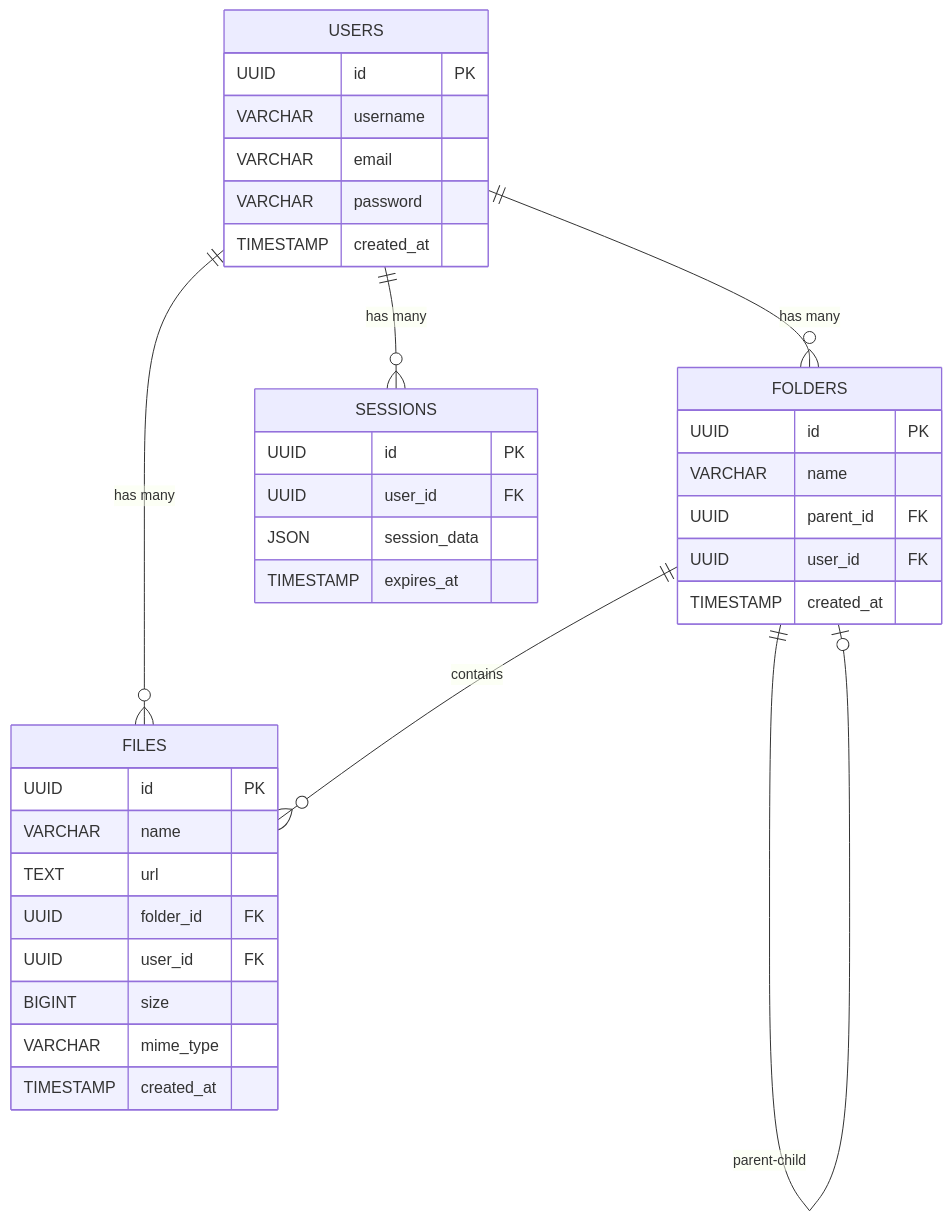
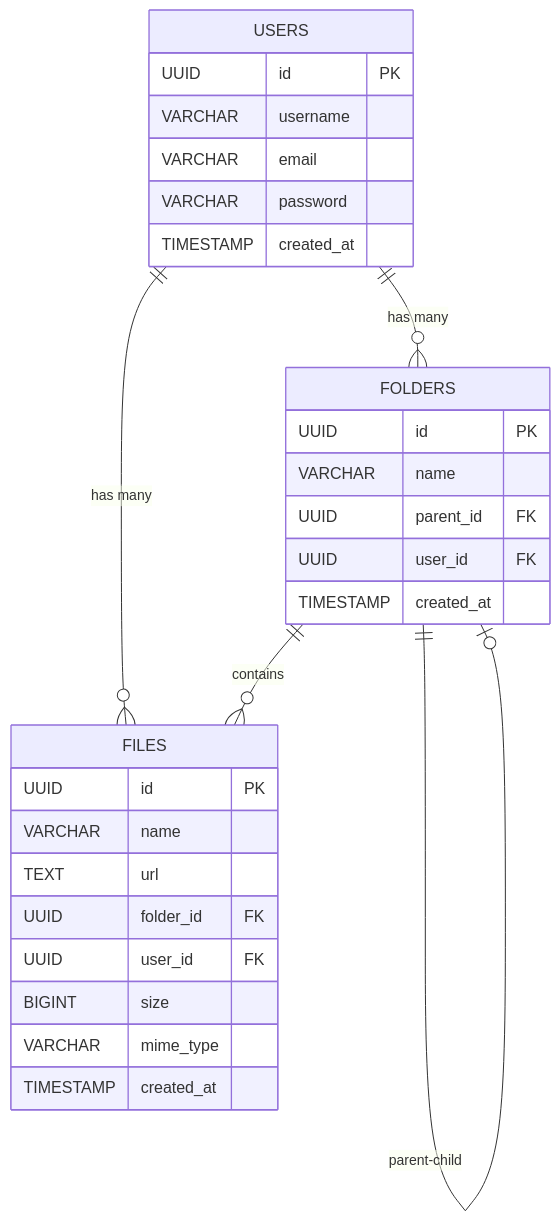
One commit to ehdlg/file-uploader changed the diagram in docs/database.md. Above: the diagram before and after it, drawn with Mermaid.

Commit message:
feat(docs): remove sessions table

````diff
--- a/docs/database.md
+++ b/docs/database.md
@@ -3,42 +3,34 @@
 ```mermaid
 erDiagram
     USERS {
         UUID id PK
         VARCHAR username
         VARCHAR email
         VARCHAR password
         TIMESTAMP created_at
     }
 
     FOLDERS {
         UUID id PK
         VARCHAR name
         UUID parent_id FK
         UUID user_id FK
         TIMESTAMP created_at
     }
 
     FILES {
         UUID id PK
         VARCHAR name
         TEXT url
         UUID folder_id FK
         UUID user_id FK
         BIGINT size
         VARCHAR mime_type
         TIMESTAMP created_at
     }
 
-    SESSIONS {
-        UUID id PK
-        UUID user_id FK
-        JSON session_data
-        TIMESTAMP expires_at
-    }
-
     USERS ||--o{ FOLDERS : "has many"
     USERS ||--o{ FILES : "has many"
-    USERS ||--o{ SESSIONS : "has many"
     FOLDERS ||--o{ FILES : "contains"
     FOLDERS ||--o| FOLDERS : "parent-child"
 ```
````
